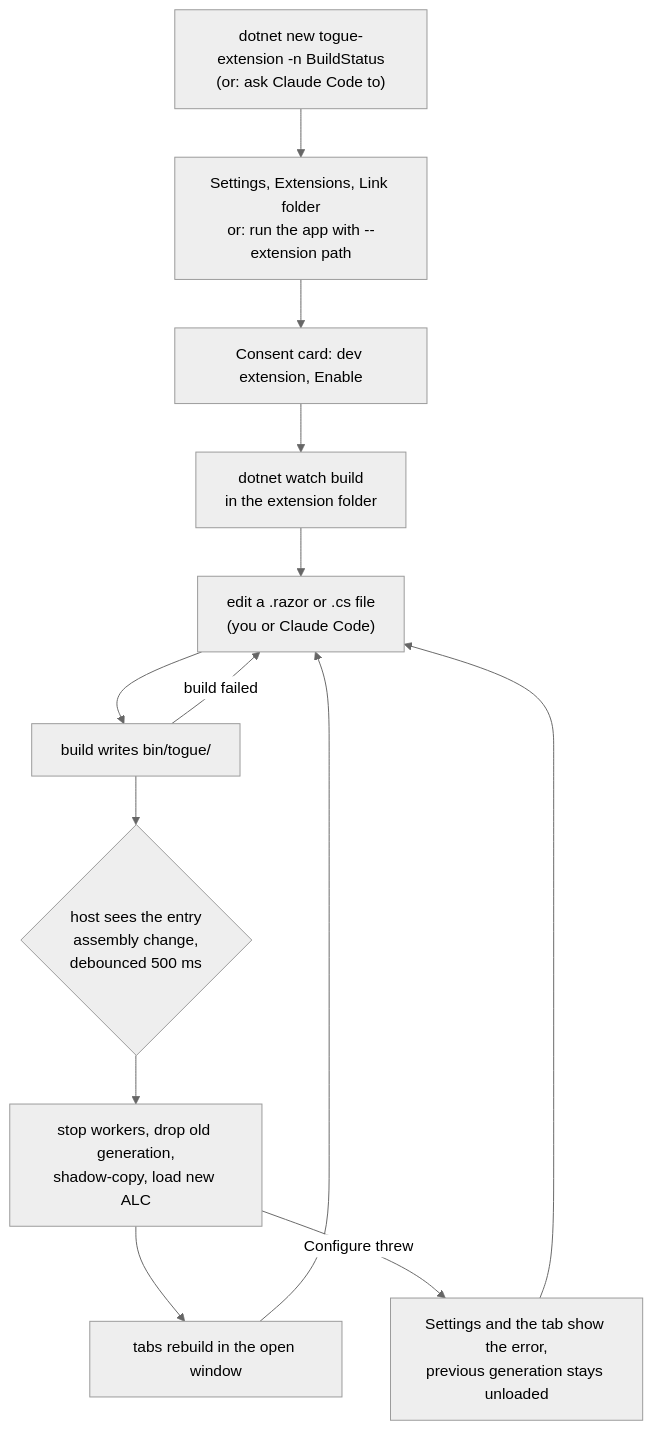
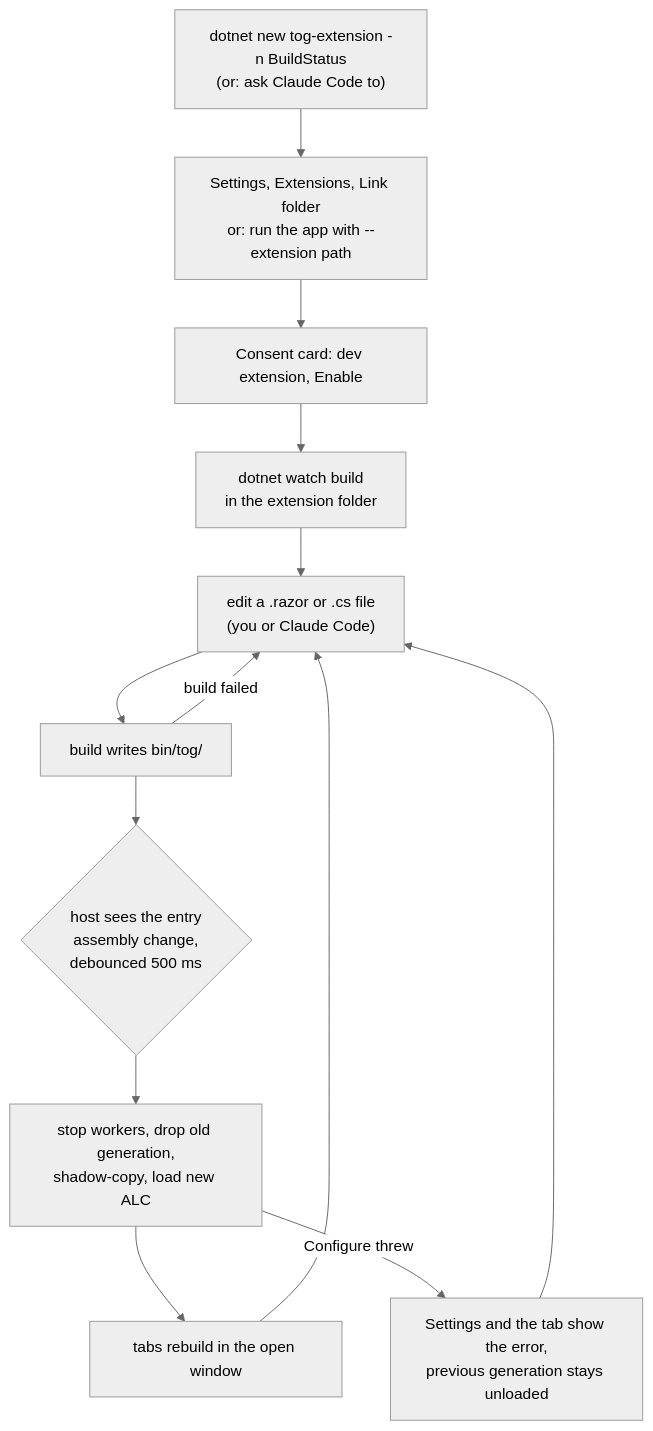
Before and after one commit to BradenTerry/Tog: the third of 3 diagrams in docs/design/extensions.md, drawn with Mermaid (neutral theme). The commit also changed other lines of this file and 483 other files, not shown here.

Commit message:
Rename Togue to Tog

````diff
--- a/docs/design/extensions.md
+++ b/docs/design/extensions.md
@@ -552,15 +552,15 @@
 ```mermaid
 flowchart TD
-    A["dotnet new togue-extension -n BuildStatus<br/>(or: ask Claude Code to)"] --> B["Settings, Extensions, Link folder<br/>or: run the app with --extension path"]
+    A["dotnet new tog-extension -n BuildStatus<br/>(or: ask Claude Code to)"] --> B["Settings, Extensions, Link folder<br/>or: run the app with --extension path"]
     B --> C["Consent card: dev extension, Enable"]
     C --> D["dotnet watch build<br/>in the extension folder"]
     D --> E["edit a .razor or .cs file<br/>(you or Claude Code)"]
-    E --> F["build writes bin/togue/"]
+    E --> F["build writes bin/tog/"]
     F --> G{"host sees the entry<br/>assembly change,<br/>debounced 500 ms"}
     G --> H["stop workers, drop old generation,<br/>shadow-copy, load new ALC"]
     H --> I["tabs rebuild in the open window"]
     I --> E
     F -->|"build failed"| E
     H -->|"Configure threw"| J["Settings and the tab show the error,<br/>previous generation stays unloaded"]
     J --> E
 ```
````
